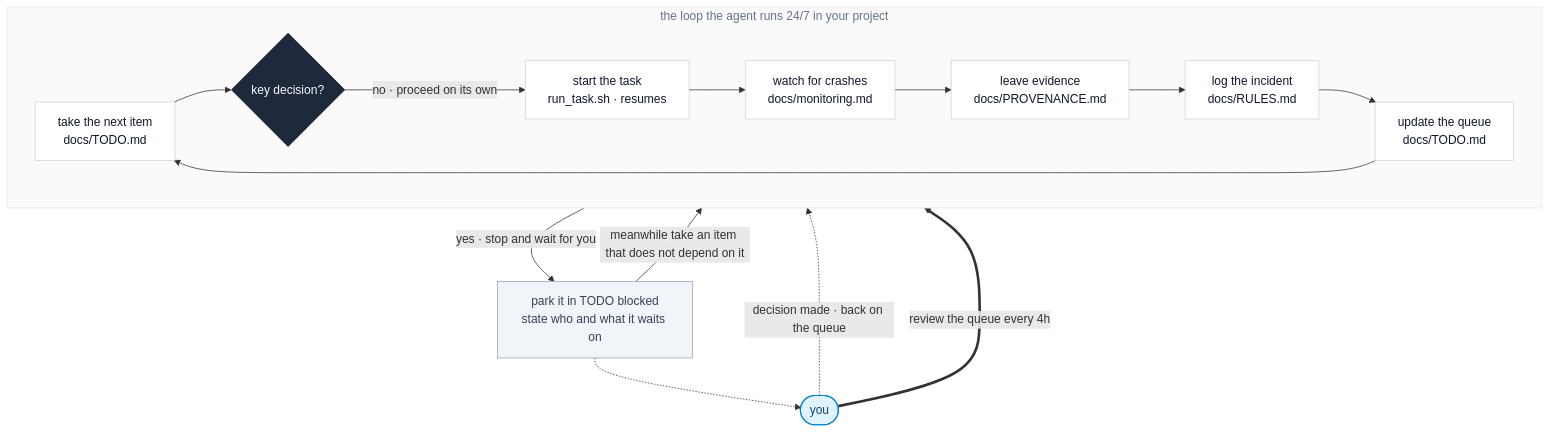
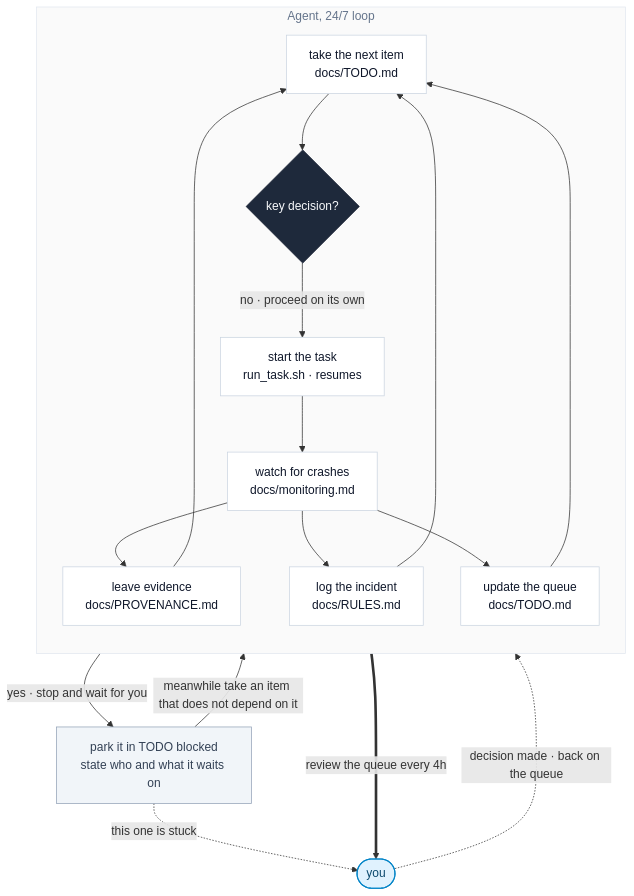
Before and after one commit to hashiruu/agent-experiment: the diagram in README.en.md, drawn with Mermaid. The commit also changed other lines of this file and 1 other file, not shown here.

Commit message:
Fix review arrow direction, compact the diagram, tighten the warning

````diff
--- a/README.en.md
+++ b/README.en.md
@@ -38,33 +32,38 @@
 ```mermaid
 flowchart TB
-    subgraph LOOP["the loop the agent runs 24/7 in your project"]
-        direction LR
+    subgraph LOOP["Agent, 24/7 loop"]
+        direction TB
         T1["take the next item<br/>docs/TODO.md"]
         D{"key decision?"}
         T2["start the task<br/>run_task.sh · resumes"]
         T3["watch for crashes<br/>docs/monitoring.md"]
-        T4["leave evidence<br/>docs/PROVENANCE.md"]
-        T5["log the incident<br/>docs/RULES.md"]
-        T6["update the queue<br/>docs/TODO.md"]
+        PV["leave evidence<br/>docs/PROVENANCE.md"]
+        RL["log the incident<br/>docs/RULES.md"]
+        TD["update the queue<br/>docs/TODO.md"]
         T1 --> D
         D -->|"no · proceed on its own"| T2
-        T2 --> T3 --> T4 --> T5 --> T6
-        T6 --> T1
+        T2 --> T3
+        T3 --> PV
+        T3 --> RL
+        T3 --> TD
+        PV --> T1
+        RL --> T1
+        TD --> T1
     end
 
     D -->|"yes · stop and wait for you"| W["park it in TODO blocked<br/>state who and what it waits on"]
     W -->|"meanwhile take an item that does not depend on it"| T1
-    W -.-> HU
+    W -.->|"this one is stuck"| HU
     HU(["you"]) -.->|"decision made · back on the queue"| T1
-    HU ==>|"review the queue every 4h"| T6
+    TD ==>|"review the queue every 4h"| HU
 
     classDef step fill:#FFFFFF,stroke:#CBD5E1,stroke-width:1px,color:#0F172A
     classDef gate fill:#1E293B,stroke:#0F172A,stroke-width:1px,color:#F8FAFC
     classDef side fill:#F1F5F9,stroke:#94A3B8,stroke-width:1px,color:#334155
     classDef human fill:#E0F2FE,stroke:#0284C7,stroke-width:1.5px,color:#0C4A6E
-    class T1,T2,T3,T4,T5,T6 step
+    class T1,T2,T3,PV,RL,TD step
     class D gate
     class W side
     class HU human
     style LOOP fill:#FAFAFA,stroke:#E2E8F0,color:#64748B
 ```
````
